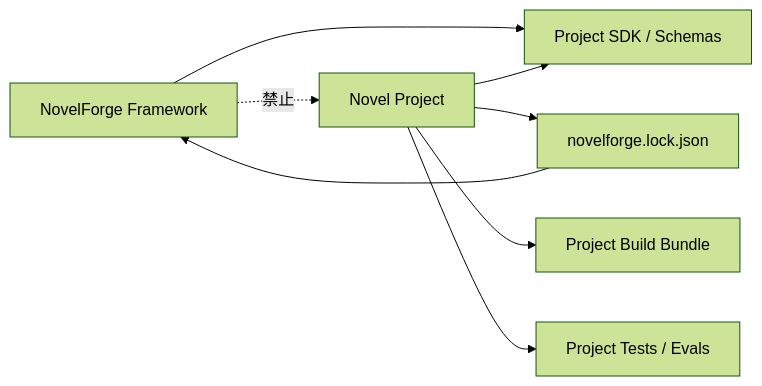
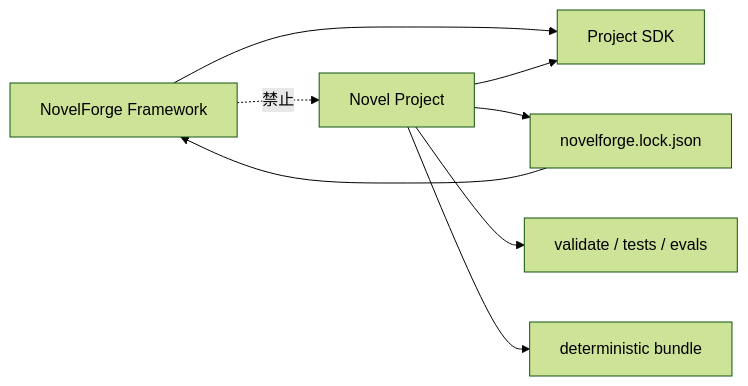
The diagram in docs/project-sdk.zh-CN.md (xiaooye/Quillframe), drawn with Mermaid (forest theme) before and after one commit. The commit also changed other lines of this file, not shown here.

Commit message:
docs(project-sdk): align Chinese v7 project contract with executable manifest

````diff
--- a/docs/project-sdk.zh-CN.md
+++ b/docs/project-sdk.zh-CN.md
@@ -21,10 +9,10 @@
 ```mermaid
 flowchart LR
-    NF[NovelForge Framework] --> SDK[Project SDK / Schemas]
+    F[NovelForge Framework] --> SDK[Project SDK]
     P[Novel Project] --> SDK
     P --> LOCK[novelforge.lock.json]
-    LOCK --> NF
-    P --> BUILD[Project Build Bundle]
-    P --> TEST[Project Tests / Evals]
-    NF -. 禁止 .-> P
+    LOCK --> F
+    P --> TEST[validate / tests / evals]
+    P --> BUILD[deterministic bundle]
+    F -. 禁止 .-> P
 ```
````
